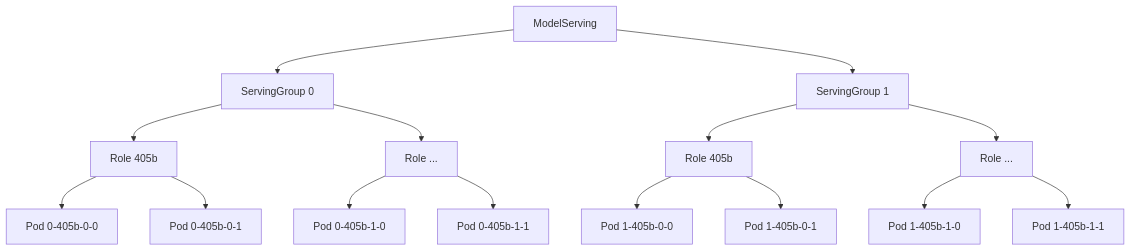
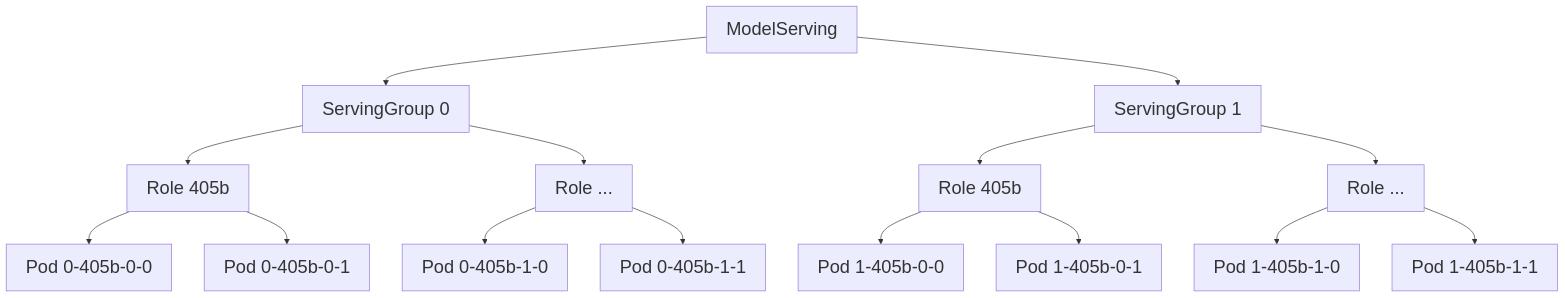
Before and after one commit to huntersman/kthena: the diagram in docs/kthena/docs/user-guide/multi-node-inference.md, drawn with Mermaid. The commit also changed other lines of this file and 5 other files, not shown here.

Commit message:
add mermaid support

````diff
--- a/docs/kthena/docs/user-guide/multi-node-inference.md
+++ b/docs/kthena/docs/user-guide/multi-node-inference.md
@@ -54,21 +54,23 @@
 ```mermaid
+%%{init: {'themeVariables': { 'fontSize': '28px'}}}%%
+
 graph TD
     MS[ModelServing] --> SG1[ServingGroup 0]
     MS --> SG2[ServingGroup 1]
     
     SG1 --> R1[Role 405b]
     SG1 --> R2[Role ...]
     
     R1 --> P1[Pod 0-405b-0-0]
     R1 --> P2[Pod 0-405b-0-1]
     R2 --> P3[Pod 0-405b-1-0]
     R2 --> P4[Pod 0-405b-1-1]
     
     SG2 --> R3[Role 405b]
     SG2 --> R4[Role ...]
     
     R3 --> P5[Pod 1-405b-0-0]
     R3 --> P6[Pod 1-405b-0-1]
     R4 --> P7[Pod 1-405b-1-0]
     R4 --> P8[Pod 1-405b-1-1]
 ```
````
